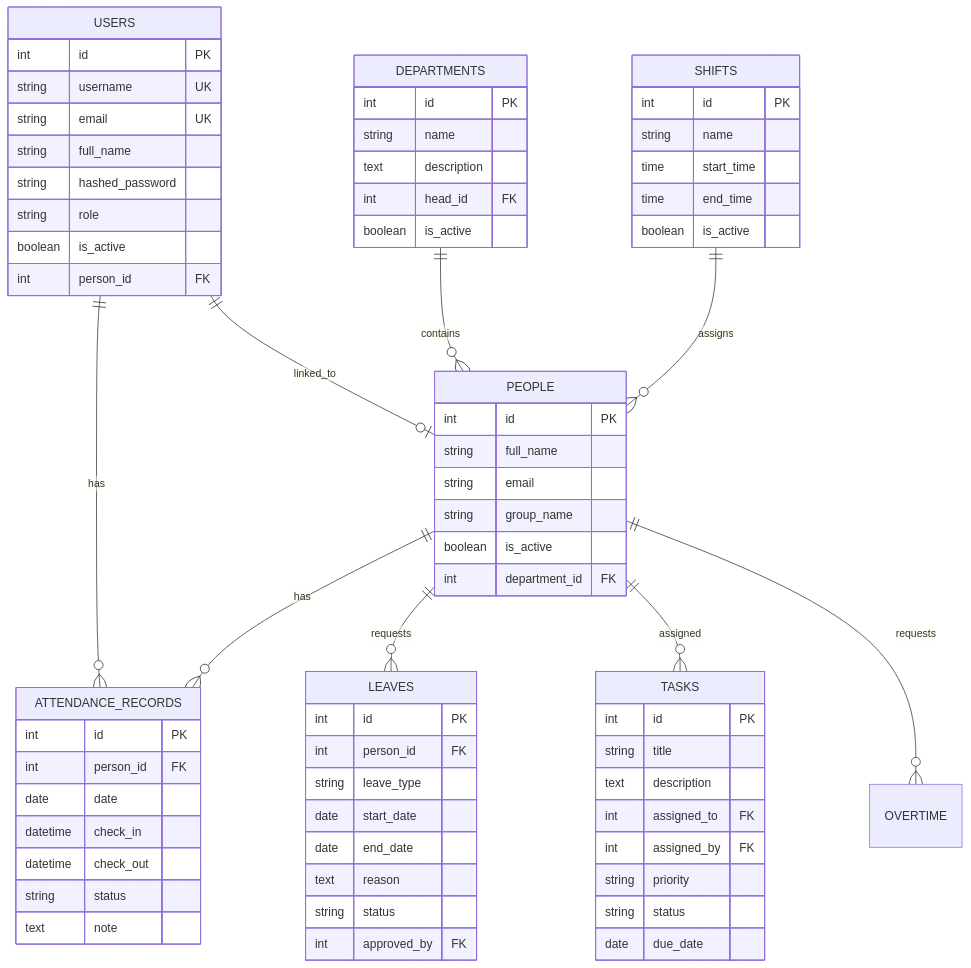
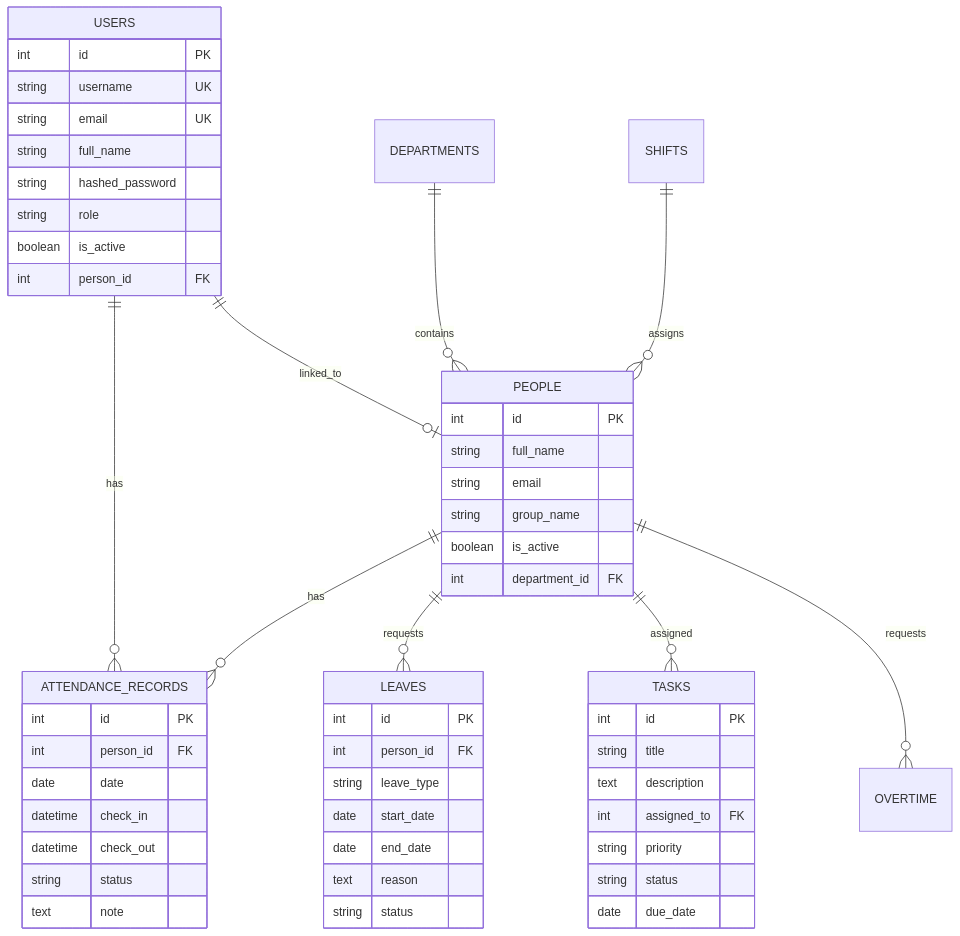
The fourth of 4 diagrams in README.md (vegapunk-io/ATS), drawn with Mermaid before and after one commit. The commit also changed other lines of this file, not shown here.

````diff
--- a/README.md
+++ b/README.md
@@ -173,79 +162,61 @@
 ```mermaid
 erDiagram
     USERS ||--o{ ATTENDANCE_RECORDS : has
     PEOPLE ||--o{ ATTENDANCE_RECORDS : has
     USERS ||--o| PEOPLE : linked_to
     PEOPLE ||--o{ LEAVES : requests
     PEOPLE ||--o{ TASKS : assigned
     PEOPLE ||--o{ OVERTIME : requests
     DEPARTMENTS ||--o{ PEOPLE : contains
     SHIFTS ||--o{ PEOPLE : assigns
     
     USERS {
         int id PK
         string username UK
         string email UK
         string full_name
         string hashed_password
         string role
         boolean is_active
         int person_id FK
     }
     
     PEOPLE {
         int id PK
         string full_name
         string email
         string group_name
         boolean is_active
         int department_id FK
     }
     
     ATTENDANCE_RECORDS {
         int id PK
         int person_id FK
         date date
         datetime check_in
         datetime check_out
         string status
         text note
     }
     
     LEAVES {
         int id PK
         int person_id FK
         string leave_type
         date start_date
         date end_date
         text reason
         string status
-        int approved_by FK
     }
     
     TASKS {
         int id PK
         string title
         text description
         int assigned_to FK
-        int assigned_by FK
         string priority
         string status
         date due_date
     }
-    
-    DEPARTMENTS {
-        int id PK
-        string name
-        text description
-        int head_id FK
-        boolean is_active
-    }
-    
-    SHIFTS {
-        int id PK
-        string name
-        time start_time
-        time end_time
-        boolean is_active
-    }
 ```
````
